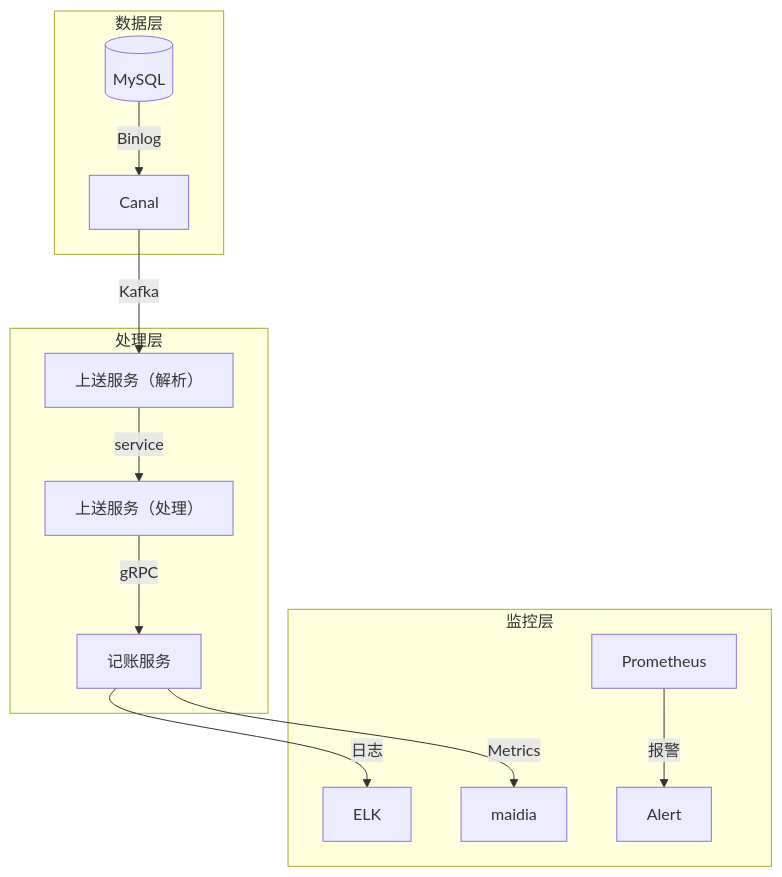
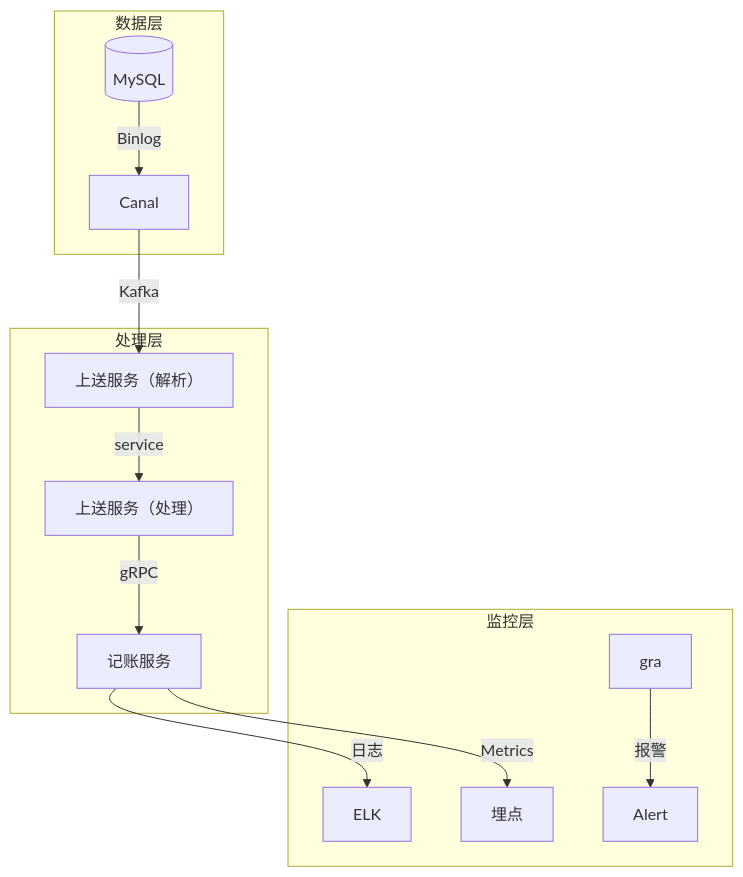
The diagram in all/未命名.md (87828943/iodraw-files), drawn with Mermaid before and after one commit.

Commit message:
2025-07-01 10:42:22 update

````diff
--- a/all/未命名.md
+++ b/all/未命名.md
@@ -1,16 +1,16 @@
 ```mermaid
 graph TB
     subgraph 数据层
         DB[(MySQL)] -->|Binlog| Canal
     end
     subgraph 处理层
         Canal -->|Kafka| Parser[上送服务（解析）]
         Parser -->|service| Engine[上送服务（处理）]
         Engine -->|gRPC| Accounting[记账服务]
     end
     subgraph 监控层
         Accounting -->|日志| ELK
-        Accounting -->|Metrics| maidia
-        Prometheus -->|报警| Alert
+        Accounting -->|Metrics| 埋点
+        gra -->|报警| Alert
     end
 ```
````
